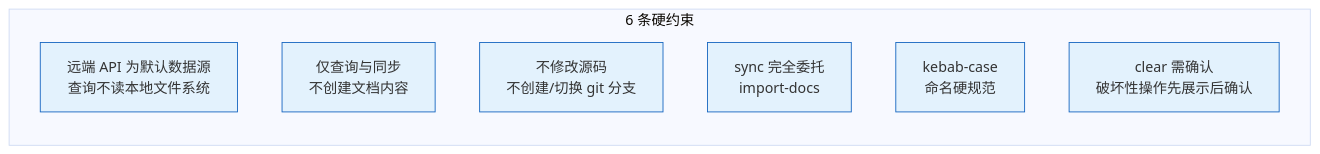
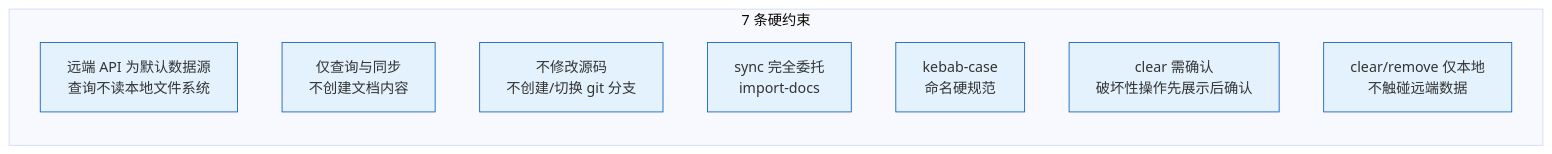
One commit to effiy/YrY changed diagram 11 of 13 in skills/rui-story/SKILL.md. Above: the diagram before and after it, drawn with Mermaid (base theme). The commit also changed other lines of this file and 3 other files, not shown here.

````diff
--- a/skills/rui-story/SKILL.md
+++ b/skills/rui-story/SKILL.md
@@ -326,13 +401,14 @@
 ```mermaid
 flowchart LR
-    subgraph 规则["6 条硬约束"]
+    subgraph 规则["7 条硬约束"]
         R1["远端 API 为默认数据源<br/>查询不读本地文件系统"]:::rule
         R2["仅查询与同步<br/>不创建文档内容"]:::rule
         R3["不修改源码<br/>不创建/切换 git 分支"]:::rule
         R4["sync 完全委托<br/>import-docs"]:::rule
         R5["kebab-case<br/>命名硬规范"]:::rule
         R6["clear 需确认<br/>破坏性操作先展示后确认"]:::rule
+        R7["clear/remove 仅本地<br/>不触碰远端数据"]:::rule
     end
 
     classDef rule fill:#e3f2fd,stroke:#1565c0;
 ```
````
